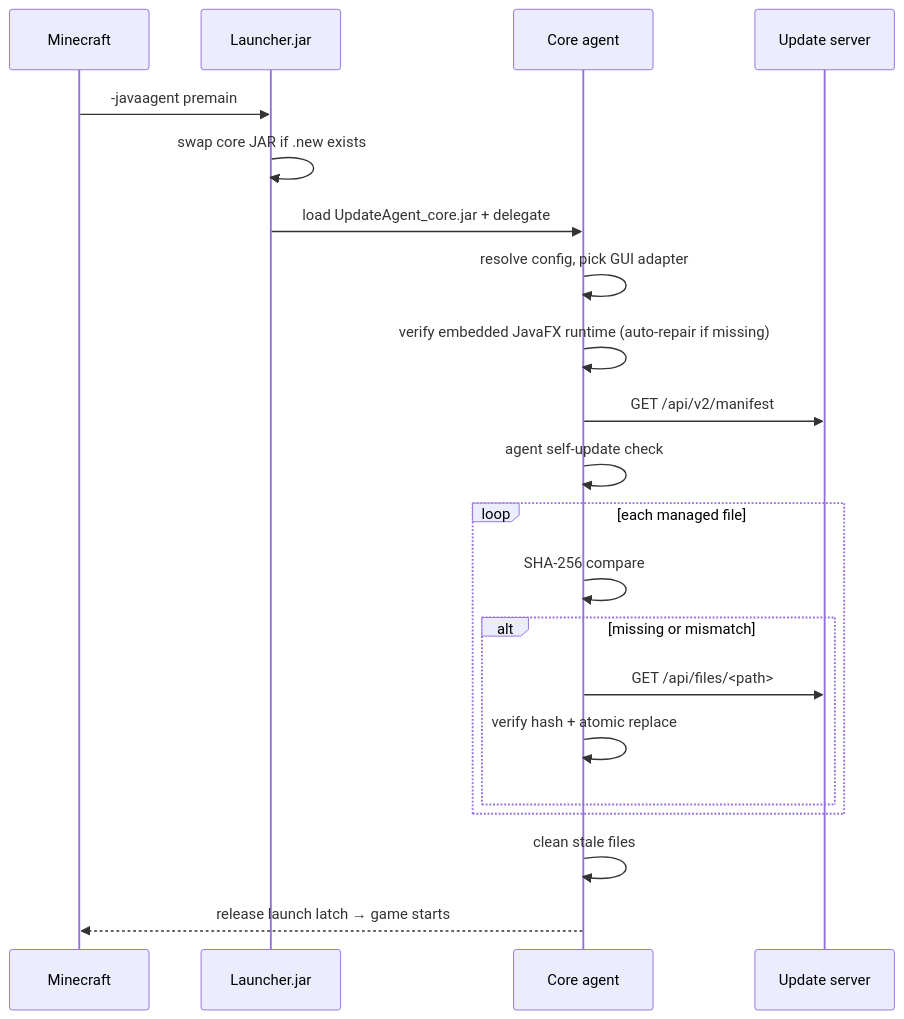
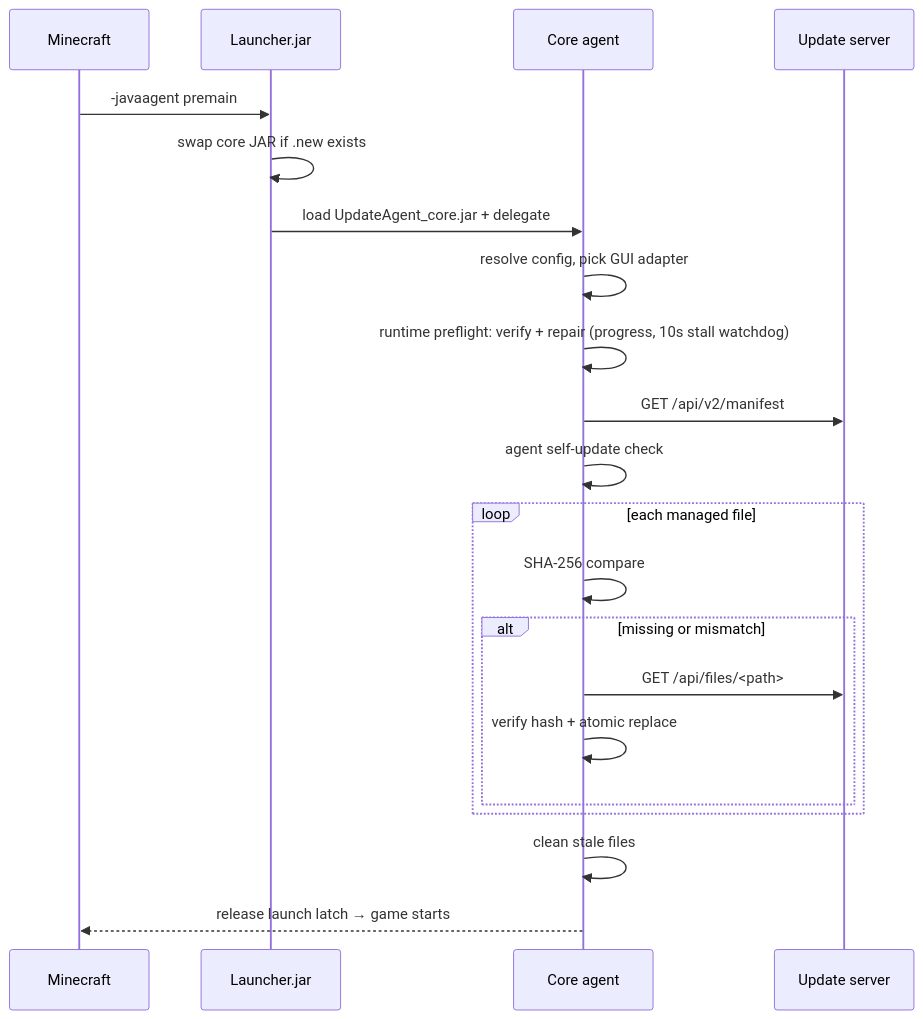
One commit to Zack88604/minecraft-server-updater-for656 changed the diagram in README.md. Above: the diagram before and after it, drawn with Mermaid. The commit also changed other lines of this file and 10 other files, not shown here.

````diff
--- a/README.md
+++ b/README.md
@@ -56,23 +61,23 @@
 ```mermaid
 sequenceDiagram
     participant MC as Minecraft
     participant L as Launcher.jar
     participant A as Core agent
     participant S as Update server
     MC->>L: -javaagent premain
     L->>L: swap core JAR if .new exists
     L->>A: load UpdateAgent_core.jar + delegate
     A->>A: resolve config, pick GUI adapter
-    A->>A: verify embedded JavaFX runtime (auto-repair if missing)
+    A->>A: runtime preflight: verify + repair (progress, 10s stall watchdog)
     A->>S: GET /api/v2/manifest
     A->>A: agent self-update check
     loop each managed file
         A->>A: SHA-256 compare
         alt missing or mismatch
             A->>S: GET /api/files/<path>
             A->>A: verify hash + atomic replace
         end
     end
     A->>A: clean stale files
     A-->>MC: release launch latch → game starts
 ```
````
